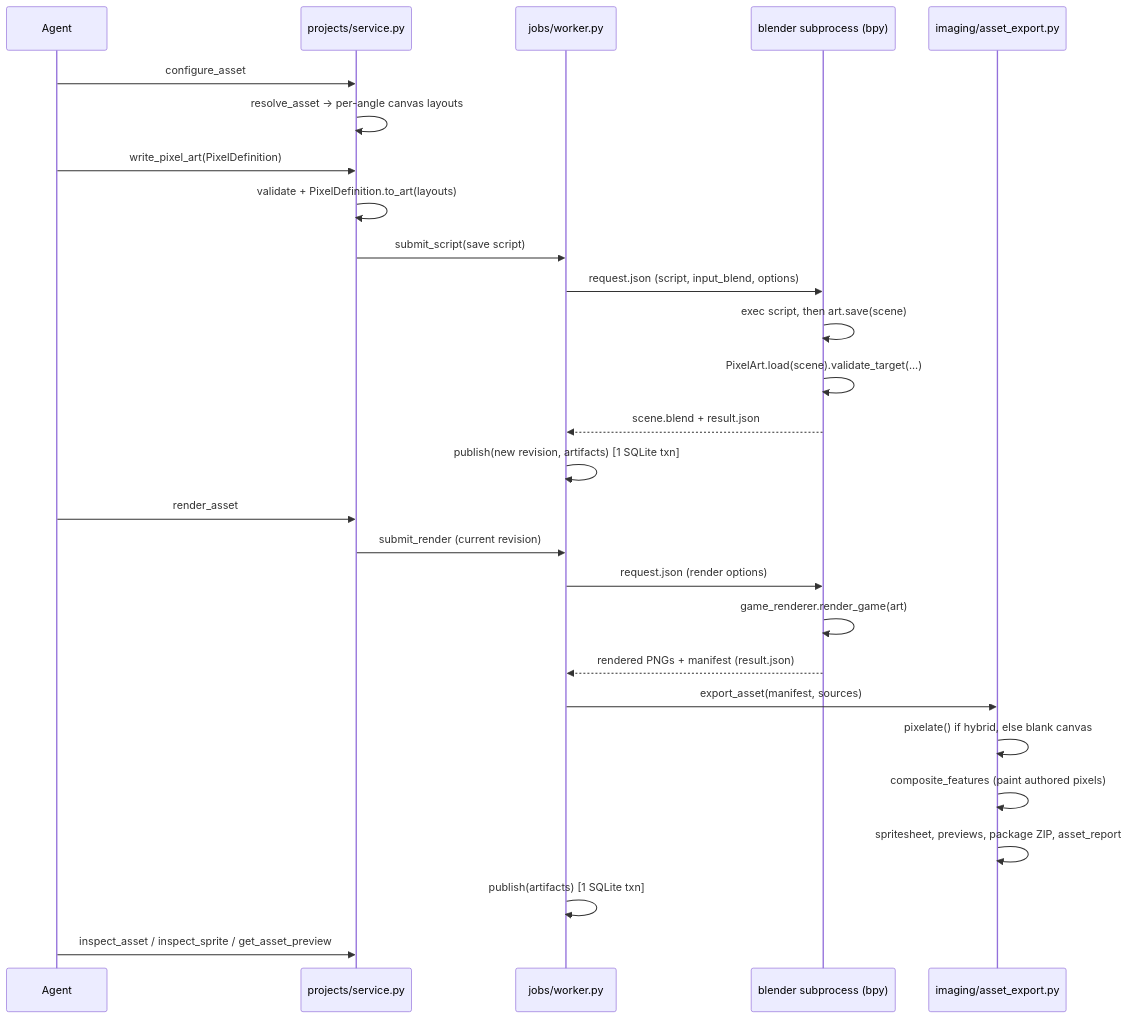
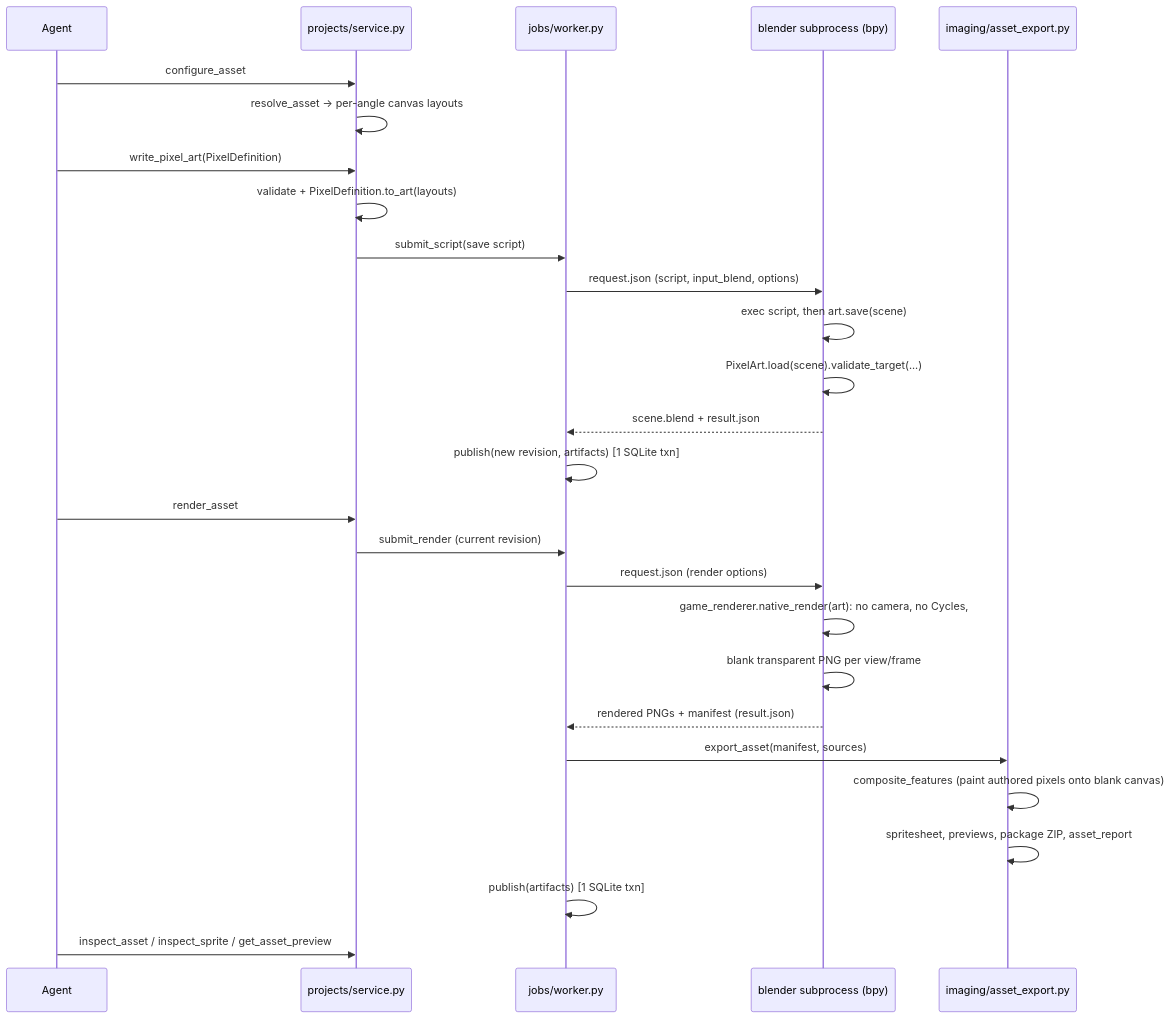
Before and after one commit to NNTin/pixel-art-mcp: the diagram in docs/rendering-pipeline.md, drawn with Mermaid. The commit also changed other lines of this file and 5 other files, not shown here.

````diff
--- a/docs/rendering-pipeline.md
+++ b/docs/rendering-pipeline.md
@@ -15,30 +14,30 @@
 ```mermaid
 sequenceDiagram
     participant Agent
     participant Service as projects/service.py
     participant Worker as jobs/worker.py
     participant Blender as blender subprocess (bpy)
     participant Export as imaging/asset_export.py
 
     Agent->>Service: configure_asset
     Service->>Service: resolve_asset -> per-angle canvas layouts
     Agent->>Service: write_pixel_art(PixelDefinition)
     Service->>Service: validate + PixelDefinition.to_art(layouts)
     Service->>Worker: submit_script(save script)
     Worker->>Blender: request.json (script, input_blend, options)
     Blender->>Blender: exec script, then art.save(scene)
     Blender->>Blender: PixelArt.load(scene).validate_target(...)
     Blender-->>Worker: scene.blend + result.json
     Worker->>Worker: publish(new revision, artifacts) [1 SQLite txn]
     Agent->>Service: render_asset
     Service->>Worker: submit_render (current revision)
     Worker->>Blender: request.json (render options)
-    Blender->>Blender: game_renderer.render_game(art)
+    Blender->>Blender: game_renderer.native_render(art): no camera, no Cycles,
+    Blender->>Blender: blank transparent PNG per view/frame
     Blender-->>Worker: rendered PNGs + manifest (result.json)
     Worker->>Export: export_asset(manifest, sources)
-    Export->>Export: pixelate() if hybrid, else blank canvas
-    Export->>Export: composite_features (paint authored pixels)
+    Export->>Export: composite_features (paint authored pixels onto blank canvas)
     Export->>Export: spritesheet, previews, package ZIP, asset_report
     Worker->>Worker: publish(artifacts) [1 SQLite txn]
     Agent->>Service: inspect_asset / inspect_sprite / get_asset_preview
 ```
````
